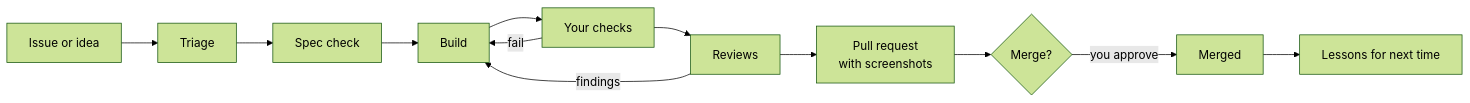
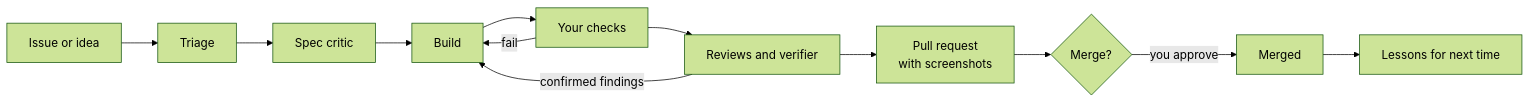
One commit to tomek-i/software-factory changed the diagram in README.md. Above: the diagram before and after it, drawn with Mermaid (forest theme). The commit also changed other lines of this file and 2 other files, not shown here.

````diff
--- a/README.md
+++ b/README.md
@@ -13,14 +13,14 @@
 ```mermaid
 flowchart LR
   I[Issue or idea] --> T[Triage]
-  T --> S[Spec check]
+  T --> S[Spec critic]
   S --> B[Build]
   B --> G[Your checks]
   G -- fail --> B
-  G --> R[Reviews]
-  R -- findings --> B
+  G --> R[Reviews and verifier]
+  R -- confirmed findings --> B
   R --> P[Pull request<br/>with screenshots]
   P --> M{Merge?}
   M -- you approve --> D[Merged]
   D --> L[Lessons for next time]
 ```
````
